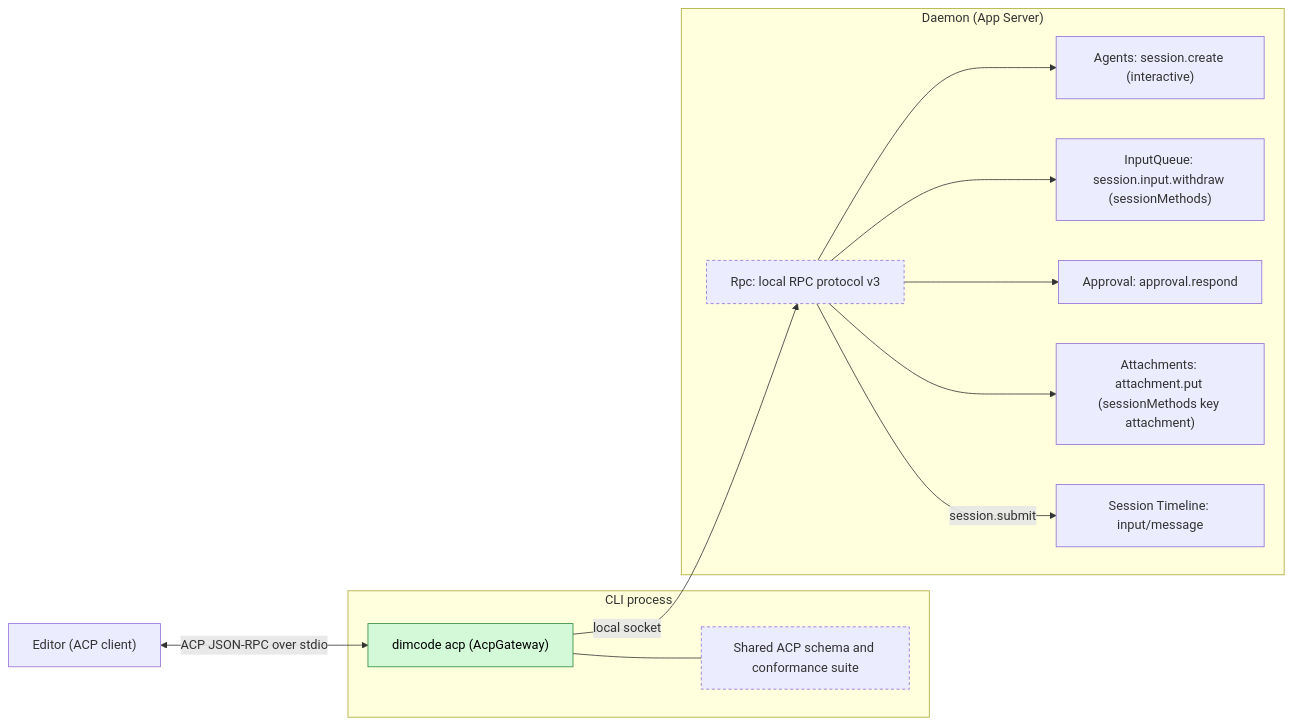
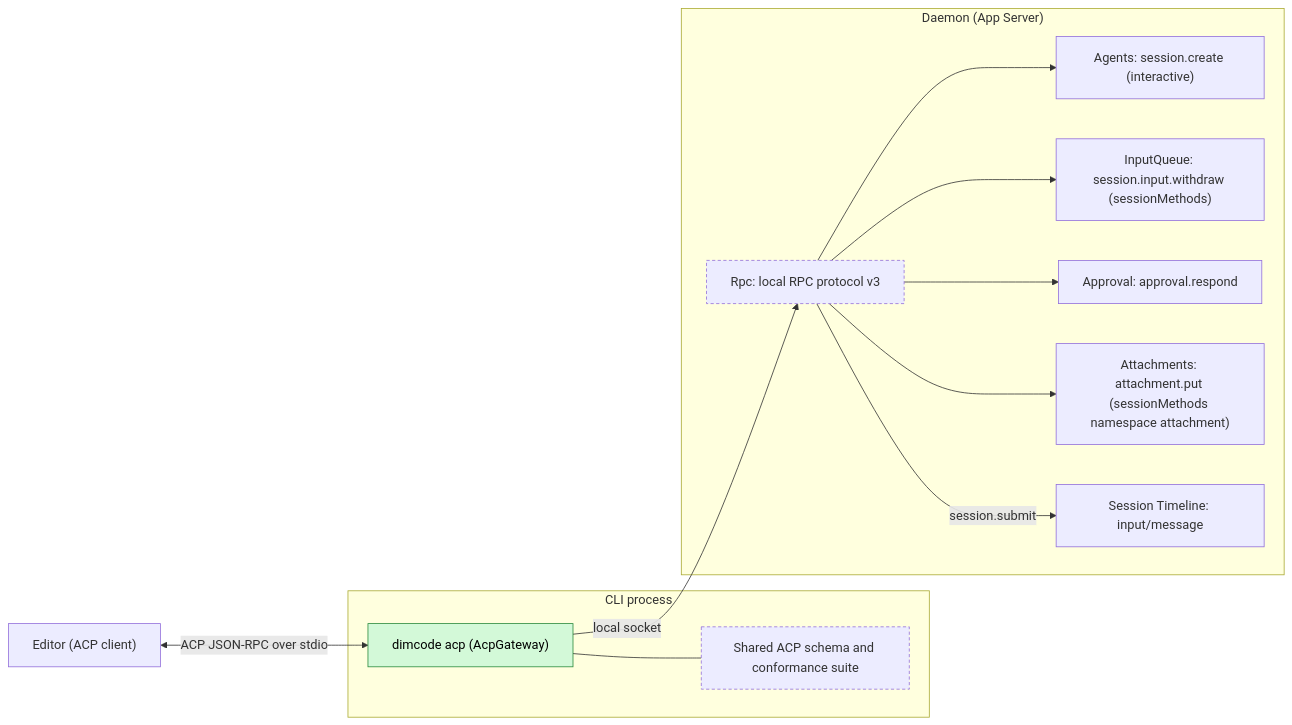
The first of 5 diagrams in docs/design/plugins/AcpGateway.md (CoutinhoTTS/dim-agent), drawn with Mermaid before and after one commit. The commit also changed other lines of this file and 163 other files, not shown here.

````diff
--- a/docs/design/plugins/AcpGateway.md
+++ b/docs/design/plugins/AcpGateway.md
@@ -9,26 +9,26 @@
 ```mermaid
 flowchart LR
   classDef new fill:#d3f9d8,stroke:#2b8a3e,color:#000
   classDef contract stroke-dasharray:4 3
   Editor["Editor (ACP client)"]
   subgraph cli["CLI process"]
     GW["dimcode acp (AcpGateway)"]:::new
     Schema["Shared ACP schema and conformance suite"]:::contract
   end
   subgraph daemon["Daemon (App Server)"]
     Rpc["Rpc: local RPC protocol v3"]:::contract
     Agents["Agents: session.create (interactive)"]
     IQ["InputQueue: session.input.withdraw (sessionMethods)"]
     Appr["Approval: approval.respond"]
-    Att["Attachments: attachment.put (sessionMethods key attachment)"]
+    Att["Attachments: attachment.put (sessionMethods namespace attachment)"]
     TLD["Session Timeline: input/message"]
   end
   Editor <-->|"ACP JSON-RPC over stdio"| GW
   GW --- Schema
   GW -->|"local socket"| Rpc
   Rpc --> Agents
   Rpc --> IQ
   Rpc --> Appr
   Rpc --> Att
   Rpc -->|"session.submit"| TLD
 ```
````
